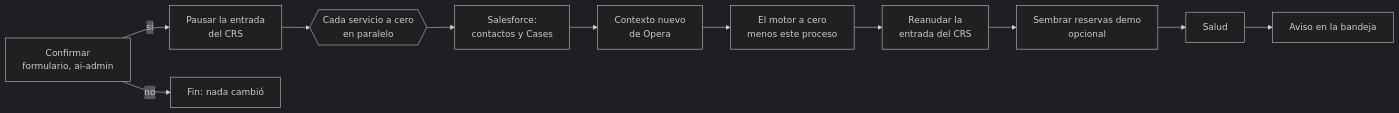
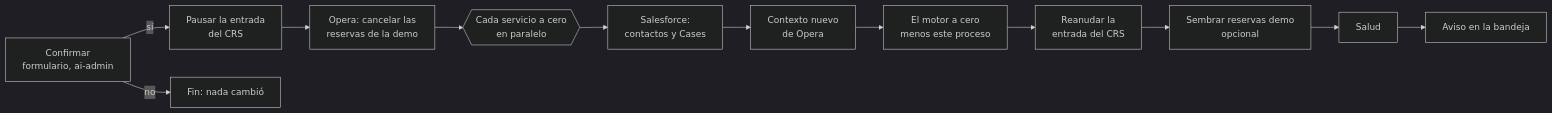
One commit to alejbormeg/ec-demo1 changed the diagram in doc/src/content/docs/operacion/pagina-demo.md. Above: the diagram before and after it, drawn with Mermaid (dark theme). The commit also changed other lines of this file and 113 other files, not shown here.

````diff
--- a/doc/src/content/docs/operacion/pagina-demo.md
+++ b/doc/src/content/docs/operacion/pagina-demo.md
@@ -21,13 +21,14 @@
 ```mermaid
 flowchart LR
   A[Confirmar<br/>formulario, ai-admin] -->|sí| B[Pausar la entrada<br/>del CRS]
   A -->|no| Z[Fin: nada cambió]
-  B --> C{{Cada servicio a cero<br/>en paralelo}}
+  B --> O[Opera: cancelar las<br/>reservas de la demo]
+  O --> C{{Cada servicio a cero<br/>en paralelo}}
   C --> D[Salesforce:<br/>contactos y Cases]
   D --> E[Contexto nuevo<br/>de Opera]
   E --> F[El motor a cero<br/>menos este proceso]
   F --> G[Reanudar la<br/>entrada del CRS]
   G --> H[Sembrar reservas demo<br/>opcional]
   H --> I[Salud]
   I --> J[Aviso en la bandeja]
 ```
````
